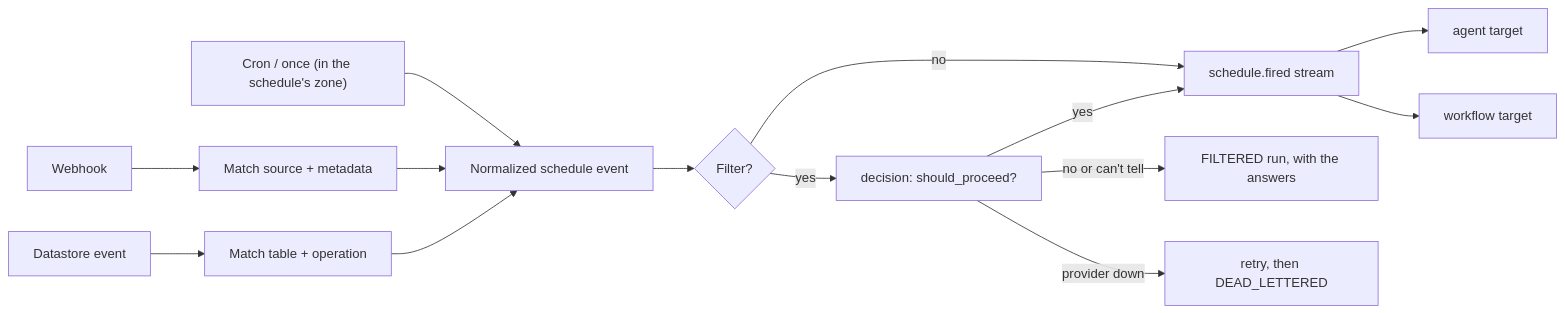
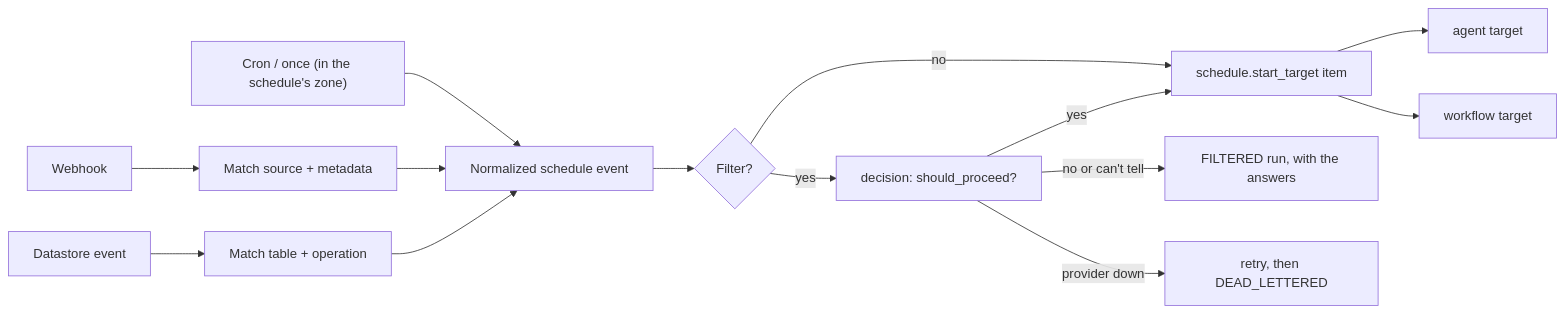
One commit to brainsparker/lemma-platform changed the diagram in lemma-backend/docs/modules/schedule.md. Above: the diagram before and after it, drawn with Mermaid. The commit also changed other lines of this file and 36 other files, not shown here.

````diff
--- a/lemma-backend/docs/modules/schedule.md
+++ b/lemma-backend/docs/modules/schedule.md
@@ -171,14 +171,14 @@
 ```mermaid
 flowchart LR
     T["Cron / once (in the schedule's zone)"] --> N["Normalized schedule event"]
     H["Webhook"] --> M["Match source + metadata"] --> N
     D["Datastore event"] --> Q["Match table + operation"] --> N
     N --> F{"Filter?"}
-    F -- no --> E["schedule.fired stream"]
+    F -- no --> E["schedule.start_target item"]
     F -- yes --> J["decision: should_proceed?"]
     J -- yes --> E
     J -- no or can't tell --> K["FILTERED run, with the answers"]
     J -- provider down --> R["retry, then DEAD_LETTERED"]
     E --> A["agent target"]
     E --> W["workflow target"]
 ```
````
